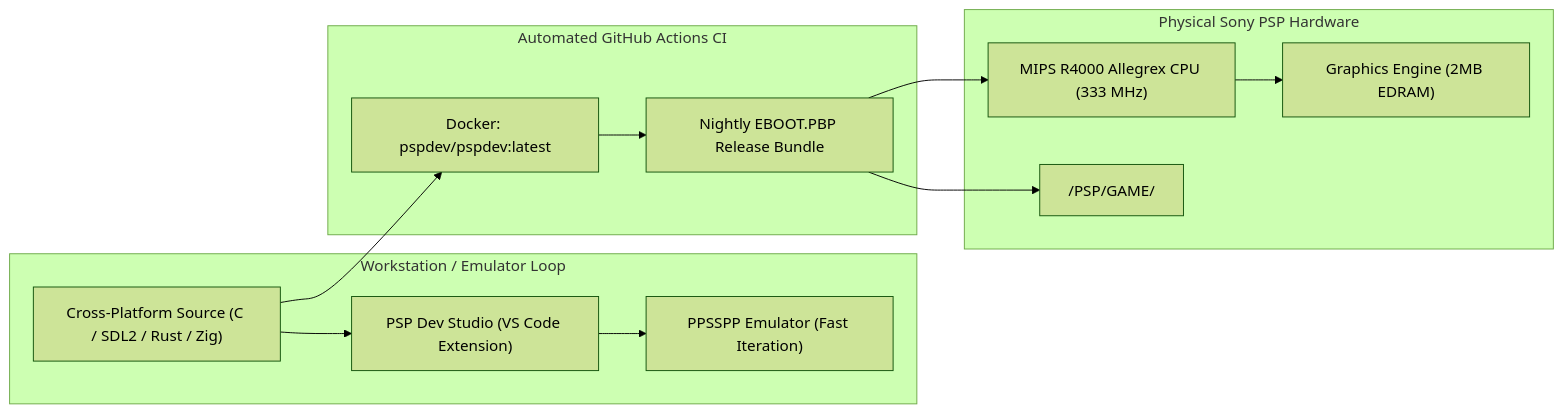
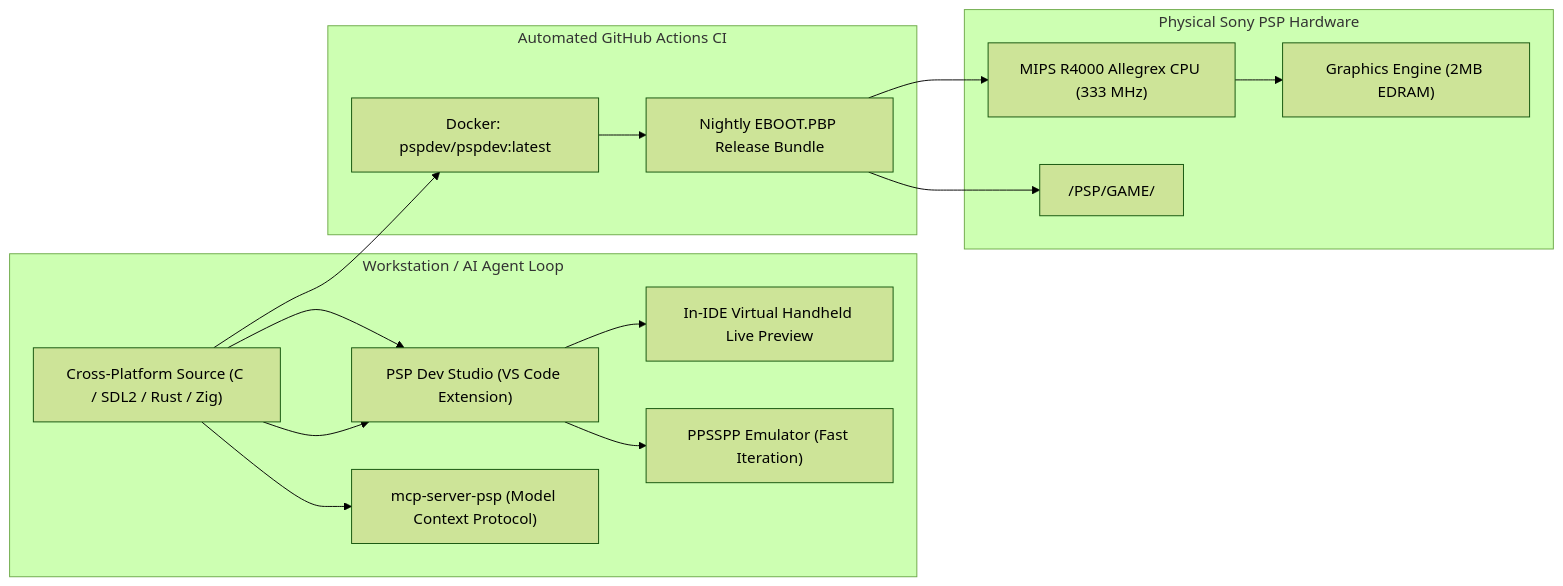
The diagram in README.md (robfernan/PSP-Programming), drawn with Mermaid (forest theme) before and after one commit. The commit also changed other lines of this file, not shown here.

Commit message:
docs(readme): feature MCP server, universal 32MB compatibility layer, and updated roadmap

````diff
--- a/README.md
+++ b/README.md
@@ -41,24 +54,28 @@
 ```mermaid
 graph LR
-    subgraph Host ["Workstation / Emulator Loop"]
+    subgraph Host ["Workstation / AI Agent Loop"]
         PC_Source["Cross-Platform Source (C / SDL2 / Rust / Zig)"]
         VSCode["PSP Dev Studio (VS Code Extension)"]
+        MCP["mcp-server-psp (Model Context Protocol)"]
+        LivePreview["In-IDE Virtual Handheld Live Preview"]
         PPSSPP["PPSSPP Emulator (Fast Iteration)"]
     end
 
     subgraph CI ["Automated GitHub Actions CI"]
         Docker["Docker: pspdev/pspdev:latest"]
         BuildPack["Nightly EBOOT.PBP Release Bundle"]
     end
 
     subgraph Target ["Physical Sony PSP Hardware"]
         Allegrex["MIPS R4000 Allegrex CPU (333 MHz)"]
         GE["Graphics Engine (2MB EDRAM)"]
         MemoryStick["/PSP/GAME/<TITLE>/EBOOT.PBP"]
     end
 
+    PC_Source --> VSCode --> LivePreview
     PC_Source --> VSCode --> PPSSPP
+    PC_Source --> MCP
     PC_Source --> Docker --> BuildPack --> MemoryStick
     BuildPack --> Allegrex
     Allegrex --> GE
 ```
````
